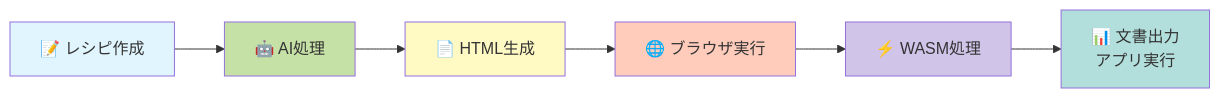
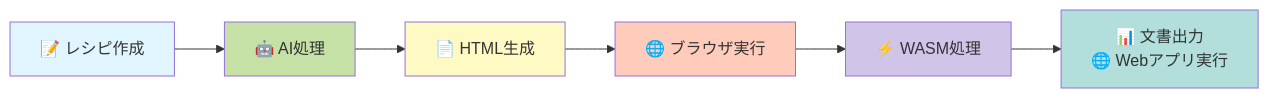
One commit to HarmoniaEpic/text-to-officefile-or-wasmapp-recipes changed the first of 4 diagrams in README.md. Above: the diagram before and after it, drawn with Mermaid.

````diff
--- a/README.md
+++ b/README.md
@@ -30,15 +30,15 @@
 ```mermaid
 graph LR
     RS1[📝 レシピ作成] --> RS2[🤖 AI処理]
     RS2 --> RS3[📄 HTML生成]
     RS3 --> RS4[🌐 ブラウザ実行]
     RS4 --> RS5[⚡ WASM処理]
-    RS5 --> RS6[📊 文書出力<br/>アプリ実行]
+    RS5 --> RS6[📊 文書出力<br/>🌐 Webアプリ実行]
     
     style RS1 fill:#e1f5fe
     style RS2 fill:#c5e1a5
     style RS3 fill:#fff9c4
     style RS4 fill:#ffccbc
     style RS5 fill:#d1c4e9
     style RS6 fill:#b2dfdb
 ```
````
